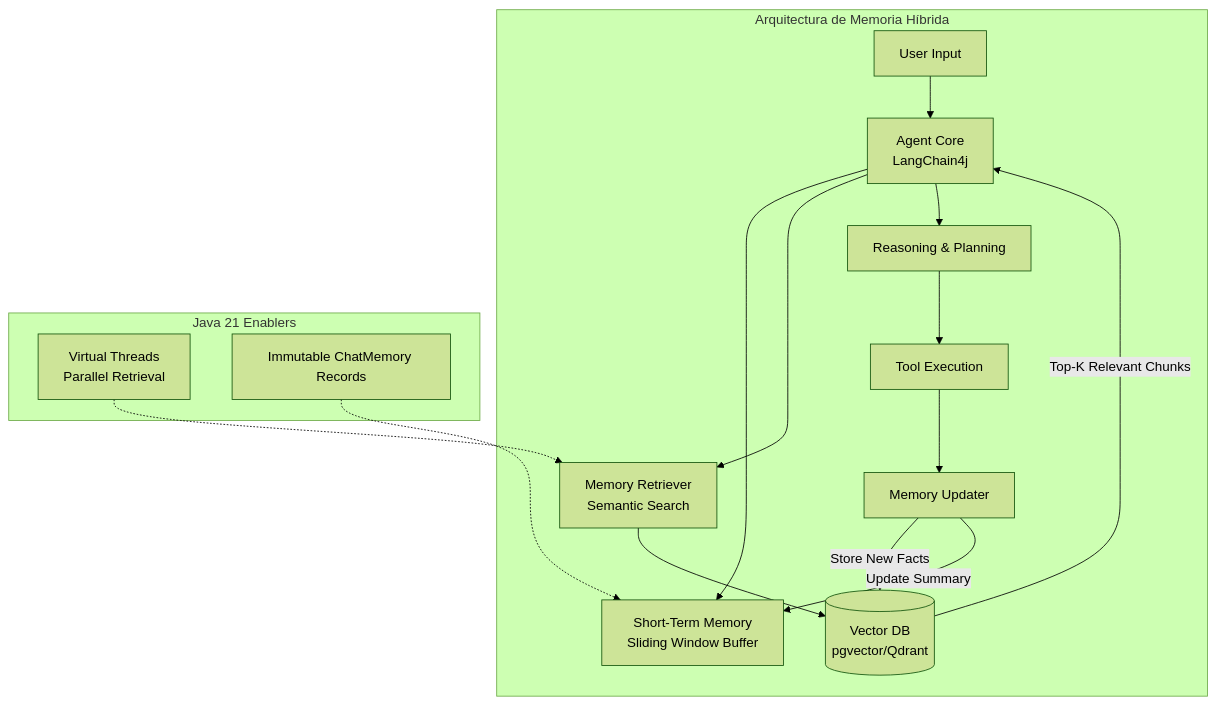
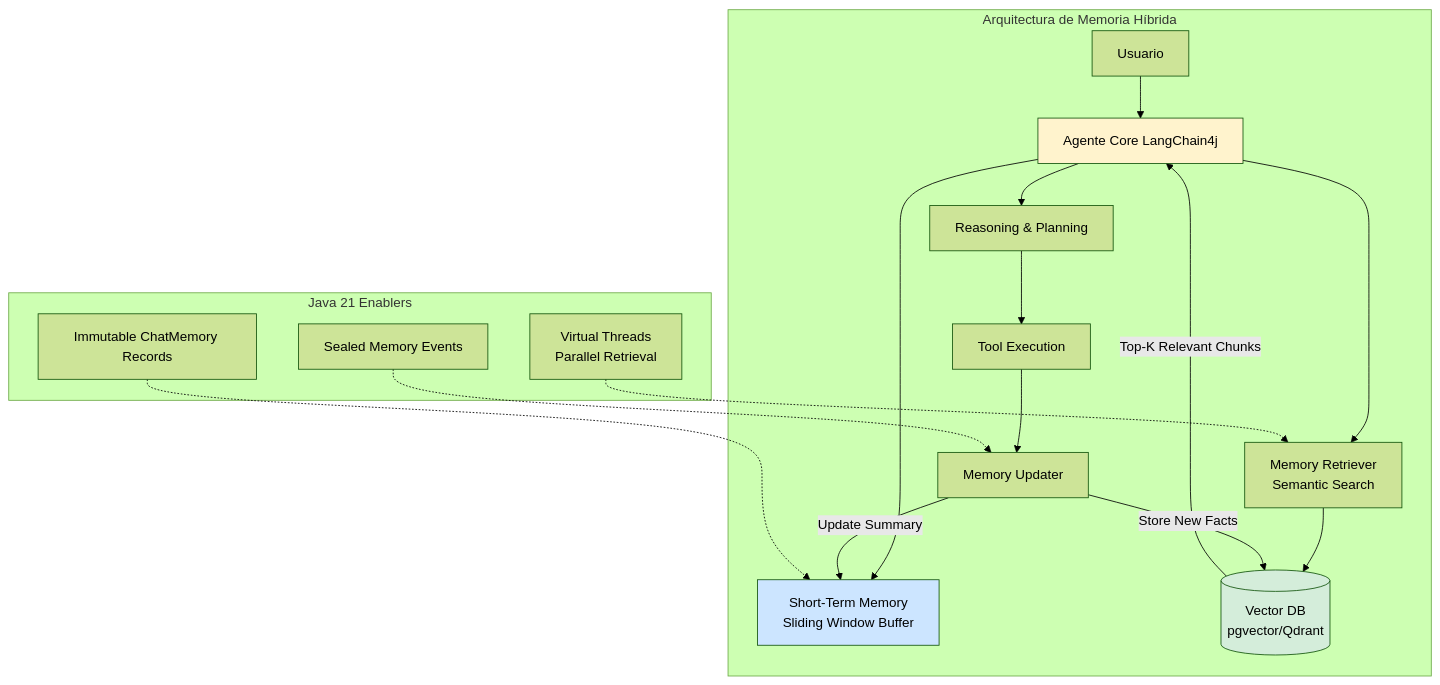
Before and after one commit to Joaquinriosheredia/DAM-Java-Mastery: the first of 3 diagrams in 08_IA_Agentes/agentes_autonomos_memoria_largo_plazo_langchain4j_STAFF.md, drawn with Mermaid (forest theme). The commit also changed other lines of this file, not shown here.

````diff
--- a/08_IA_Agentes/agentes_autonomos_memoria_largo_plazo_langchain4j_STAFF.md
+++ b/08_IA_Agentes/agentes_autonomos_memoria_largo_plazo_langchain4j_STAFF.md
@@ -31,24 +80,29 @@
 ```mermaid
 graph TD
     subgraph "Arquitectura de Memoria Híbrida"
-        USER[User Input] --> AGENT[Agent Core<br>LangChain4j]
+        USER[Usuario] --> AGENT[Agente Core LangChain4j]
         
         AGENT --> SHORT[Short-Term Memory<br>Sliding Window Buffer]
         AGENT --> RETRIEVE[Memory Retriever<br>Semantic Search]
         
         RETRIEVE --> VECTOR[(Vector DB<br>pgvector/Qdrant)]
         VECTOR -->|Top-K Relevant Chunks| AGENT
         
         AGENT --> PLAN[Reasoning & Planning]
         PLAN --> TOOLS[Tool Execution]
         TOOLS --> UPDATE[Memory Updater]
         
         UPDATE -->|Store New Facts| VECTOR
         UPDATE -->|Update Summary| SHORT
     end
     
     subgraph "Java 21 Enablers"
         VT[Virtual Threads<br>Parallel Retrieval] -.-> RETRIEVE
         REC[Immutable ChatMemory Records] -.-> SHORT
+        SEALED[Sealed Memory Events] -.-> UPDATE
     end
+    
+    style VECTOR fill:#d4edda
+    style SHORT fill:#cce5ff
+    style AGENT fill:#fff3cd
 ```
````
